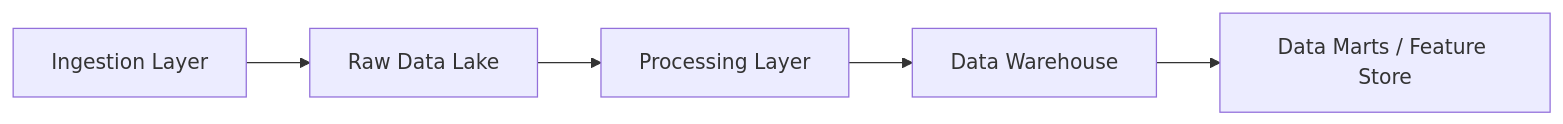
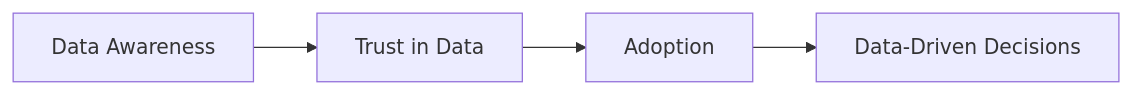
The third of 4 diagrams in index.qmd (hovhannisyan91/ashb), drawn with Mermaid before and after one commit. The commit also changed other lines of this file and 3 other files, not shown here.

````diff
--- a/index.qmd
+++ b/index.qmd
@@ -120,8 +298,6 @@
 ```{mermaid}
 flowchart LR
-
-B1[Ingestion Layer] --> B2[Raw Data Lake]
-B2 --> B3[Processing Layer]
-B3 --> B4[Data Warehouse]
-B4 --> B5[Data Marts / Feature Store]
+    A[Data Awareness] --> B[Trust in Data]
+    B --> C[Adoption]
+    C --> D[Data-Driven Decisions]
 ```
````
